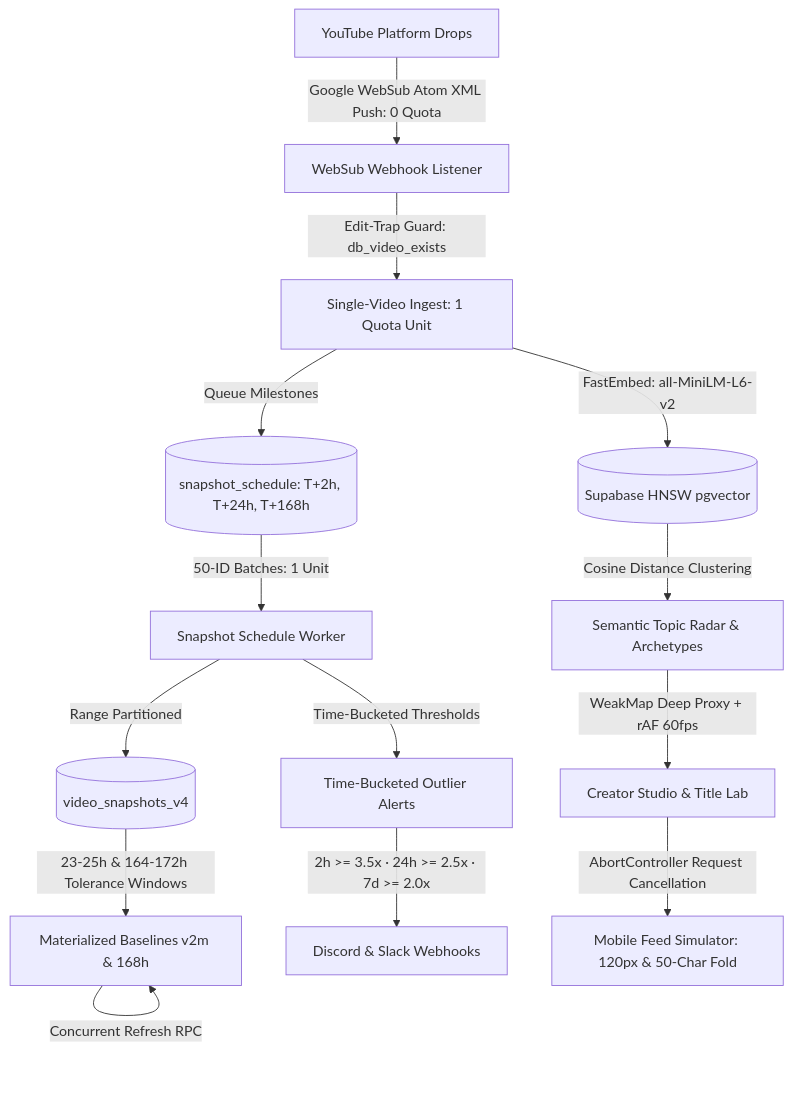
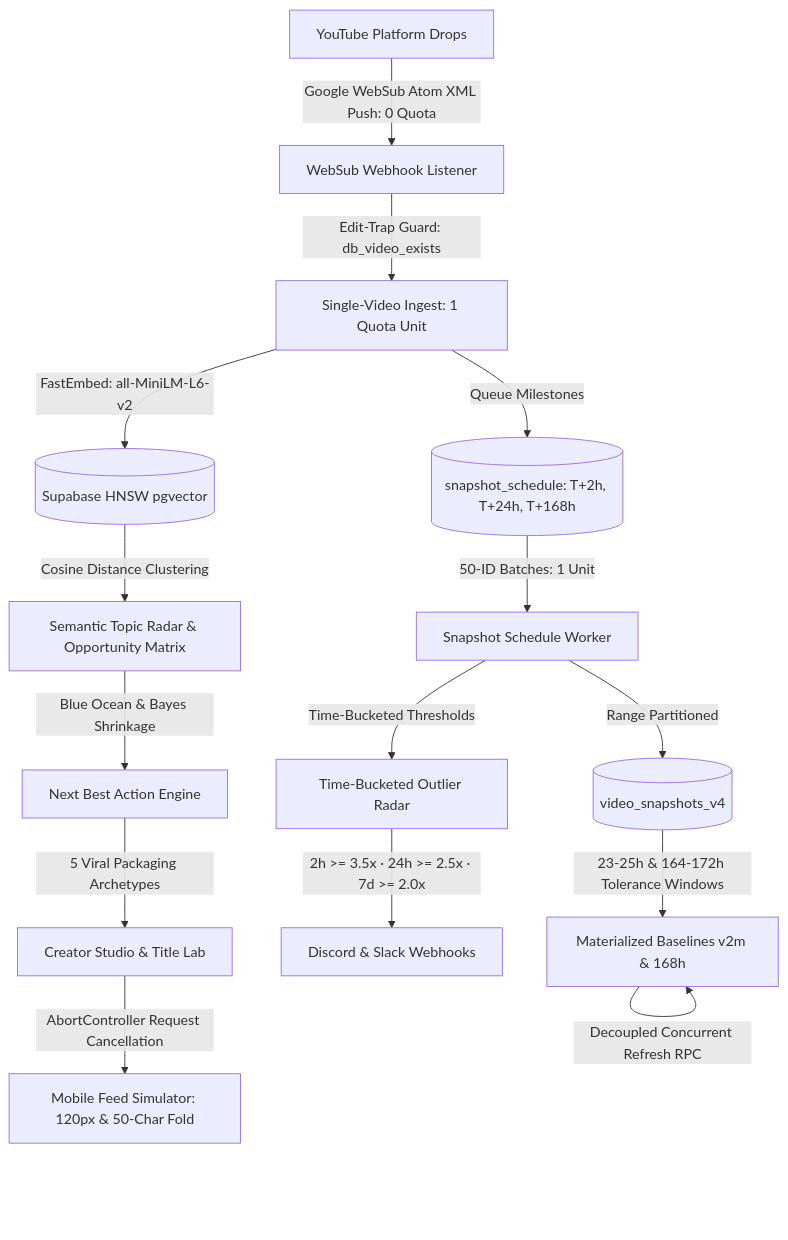
The diagram in README.md (khuzaima175/Youtube-Data-Manager), drawn with Mermaid before and after one commit. The commit also changed other lines of this file, not shown here.

Commit message:
docs(readme): Comprehensive documentation of recommendation engine, opportunity matrix, and v5.0 operational architecture

````diff
--- a/README.md
+++ b/README.md
@@ -9,16 +9,17 @@
 ```mermaid
 graph TD
     A[YouTube Platform Drops] -->|Google WebSub Atom XML Push: 0 Quota| B[WebSub Webhook Listener]
     B -->|Edit-Trap Guard: db_video_exists| C[Single-Video Ingest: 1 Quota Unit]
     C -->|Queue Milestones| D[(snapshot_schedule: T+2h, T+24h, T+168h)]
     D -->|50-ID Batches: 1 Unit| E[Snapshot Schedule Worker]
     E -->|Range Partitioned| F[(video_snapshots_v4)]
     F -->|23-25h & 164-172h Tolerance Windows| G[Materialized Baselines v2m & 168h]
-    G -->|Concurrent Refresh RPC| G
-    E -->|Time-Bucketed Thresholds| H[Time-Bucketed Outlier Alerts]
+    G -->|Decoupled Concurrent Refresh RPC| G
+    E -->|Time-Bucketed Thresholds| H[Time-Bucketed Outlier Radar]
     H -->|2h >= 3.5x · 24h >= 2.5x · 7d >= 2.0x| I[Discord & Slack Webhooks]
     C -->|FastEmbed: all-MiniLM-L6-v2| J[(Supabase HNSW pgvector)]
-    J -->|Cosine Distance Clustering| K[Semantic Topic Radar & Archetypes]
-    K -->|WeakMap Deep Proxy + rAF 60fps| L[Creator Studio & Title Lab]
-    L -->|AbortController Request Cancellation| M[Mobile Feed Simulator: 120px & 50-Char Fold]
+    J -->|Cosine Distance Clustering| K[Semantic Topic Radar & Opportunity Matrix]
+    K -->|Blue Ocean & Bayes Shrinkage| L[Next Best Action Engine]
+    L -->|5 Viral Packaging Archetypes| M[Creator Studio & Title Lab]
+    M -->|AbortController Request Cancellation| N[Mobile Feed Simulator: 120px & 50-Char Fold]
 ```
````
